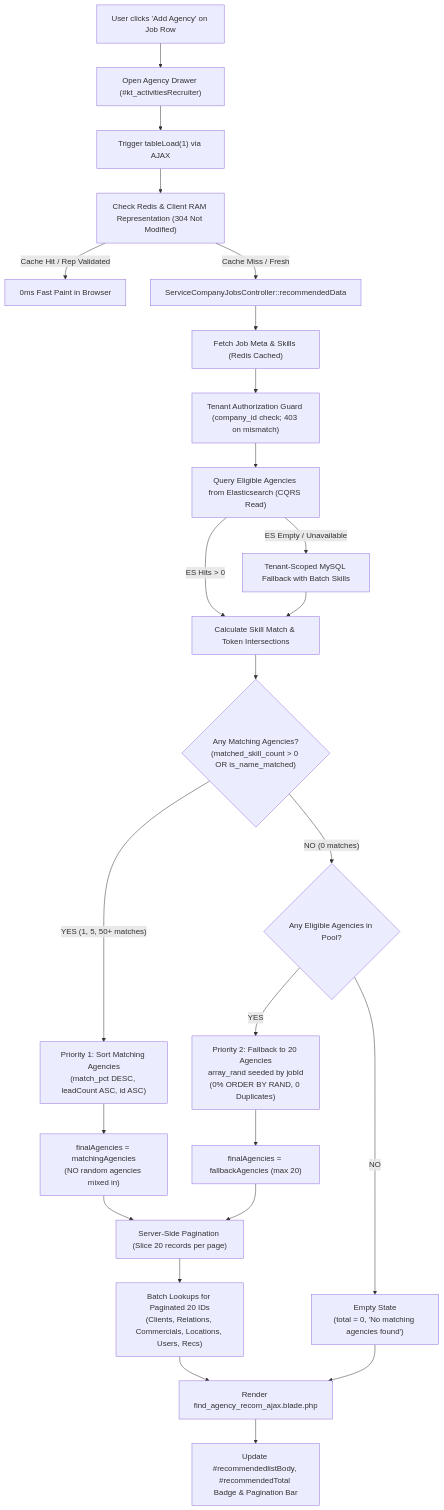
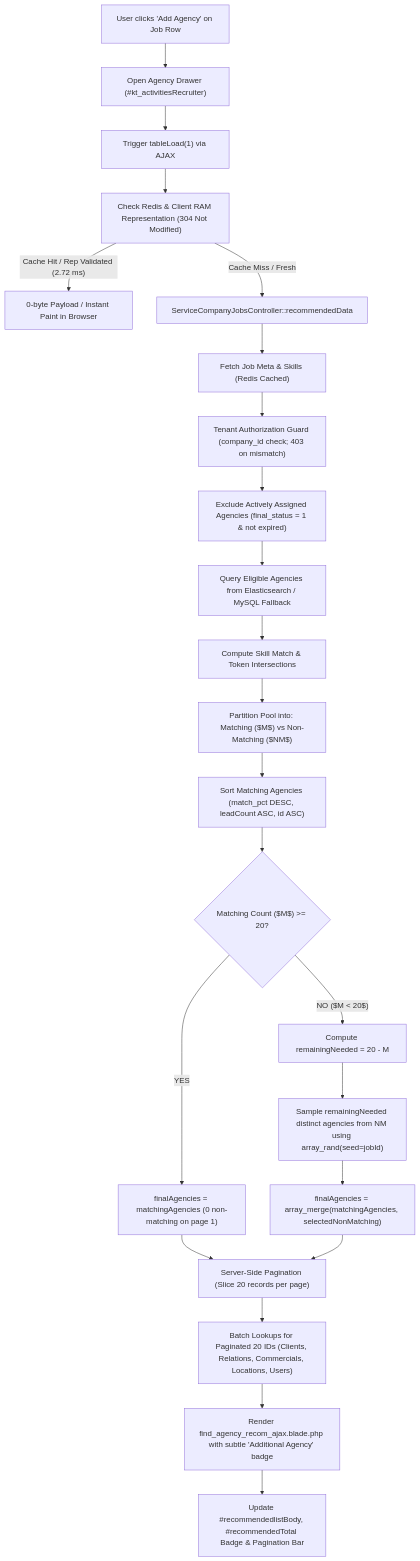
One commit to 4belldevelopers/sales-crm-final changed the diagram in docs/audit documents/agency_drawer/2026-11-12-recommended-matching-with-20-agency-fallback.md. Above: the diagram before and after it, drawn with Mermaid. The commit also changed other lines of this file and 2 other files, not shown here.

Commit message:
agency recommemd

````diff
--- a/docs/audit documents/agency_drawer/2026-11-12-recommended-matching-with-20-agency-fallback.md
+++ b/docs/audit documents/agency_drawer/2026-11-12-recommended-matching-with-20-agency-fallback.md
@@ -43,33 +59,30 @@
 ```mermaid
 flowchart TD
     A["User clicks 'Add Agency' on Job Row"] --> B["Open Agency Drawer (#kt_activitiesRecruiter)"]
     B --> C["Trigger tableLoad(1) via AJAX"]
     C --> D["Check Redis & Client RAM Representation (304 Not Modified)"]
-    D -- "Cache Hit / Rep Validated" --> E["0ms Fast Paint in Browser"]
+    D -- "Cache Hit / Rep Validated (2.72 ms)" --> E["0-byte Payload / Instant Paint in Browser"]
     D -- "Cache Miss / Fresh" --> F["ServiceCompanyJobsController::recommendedData"]
     
     F --> G["Fetch Job Meta & Skills (Redis Cached)"]
     G --> H["Tenant Authorization Guard (company_id check; 403 on mismatch)"]
-    H --> I["Query Eligible Agencies from Elasticsearch (CQRS Read)"]
-    I -- "ES Hits > 0" --> J["Calculate Skill Match & Token Intersections"]
-    I -- "ES Empty / Unavailable" --> K["Tenant-Scoped MySQL Fallback with Batch Skills"]
-    K --> J
+    H --> I["Exclude Actively Assigned Agencies (final_status = 1 & not expired)"]
+    I --> J["Query Eligible Agencies from Elasticsearch / MySQL Fallback"]
+    J --> K["Compute Skill Match & Token Intersections"]
 
-    J --> L{"Any Matching Agencies?<br/>(matched_skill_count > 0 OR is_name_matched)"}
+    K --> L["Partition Pool into: Matching ($M$) vs Non-Matching ($NM$)"]
+    L --> M["Sort Matching Agencies (match_pct DESC, leadCount ASC, id ASC)"]
     
-    L -- "YES (1, 5, 50+ matches)" --> M["Priority 1: Sort Matching Agencies<br/>(match_pct DESC, leadCount ASC, id ASC)"]
-    M --> N["finalAgencies = matchingAgencies<br/>(NO random agencies mixed in)"]
+    M --> N{"Matching Count ($M$) >= 20?"}
+    N -- "YES" --> O["finalAgencies = matchingAgencies (0 non-matching on page 1)"]
+    N -- "NO ($M < 20$)" --> P["Compute remainingNeeded = 20 - M"]
+    P --> Q["Sample remainingNeeded distinct agencies from NM using array_rand(seed=jobId)"]
+    Q --> R["finalAgencies = array_merge(matchingAgencies, selectedNonMatching)"]
     
-    L -- "NO (0 matches)" --> O{"Any Eligible Agencies in Pool?"}
-    O -- "YES" --> P["Priority 2: Fallback to 20 Agencies<br/>array_rand seeded by jobId<br/>(0% ORDER BY RAND, 0 Duplicates)"]
-    O -- "NO" --> Q["Empty State<br/>(total = 0, 'No matching agencies found')"]
-    P --> R["finalAgencies = fallbackAgencies (max 20)"]
+    O --> S["Server-Side Pagination (Slice 20 records per page)"]
+    R --> S
     
-    N --> S["Server-Side Pagination (Slice 20 records per page)"]
-    R --> S
-    Q --> T["Render find_agency_recom_ajax.blade.php"]
-    
-    S --> U["Batch Lookups for Paginated 20 IDs<br/>(Clients, Relations, Commercials, Locations, Users, Recs)"]
-    U --> T
-    T --> V["Update #recommendedlistBody, #recommendedTotal Badge & Pagination Bar"]
+    S --> T["Batch Lookups for Paginated 20 IDs (Clients, Relations, Commercials, Locations, Users)"]
+    T --> U["Render find_agency_recom_ajax.blade.php with subtle 'Additional Agency' badge"]
+    U --> V["Update #recommendedlistBody, #recommendedTotal Badge & Pagination Bar"]
 ```
````
